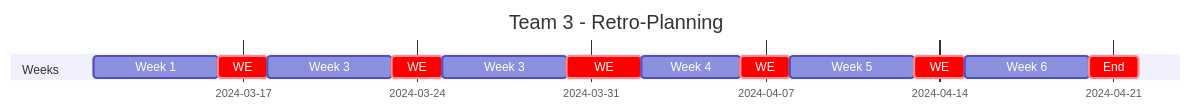
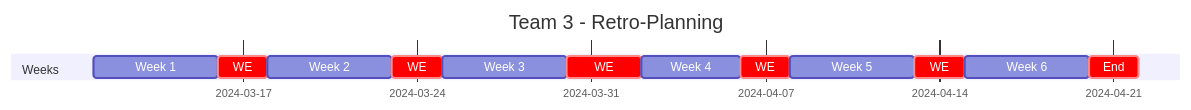
The first of 2 diagrams in Docs/Specifications/Functional-Specifications.md (algosup/2023-2024-project-4-sportshield-team-3), drawn with Mermaid before and after one commit. The commit also changed other lines of this file and 13 other files, not shown here.

````diff
--- a/Docs/Specifications/Functional-Specifications.md
+++ b/Docs/Specifications/Functional-Specifications.md
@@ -181,22 +196,22 @@
 ```mermaid
 ---
 displayMode: compact
 ---
 gantt
     title Team 3 - Retro-Planning
     dateFormat  YYYY-MM-DD
 
     section Weeks
     Week 1  :2024-03-11, 5d
     WE      :crit, 2024-03-16, 2d
-    Week 3  :2024-03-18, 5d
+    Week 2  :2024-03-18, 5d
     WE      :crit, 2024-03-23, 2d
     Week 3  :2024-03-25, 5d
     WE      :crit, 2024-03-30, 3d
     Week 4  :2024-04-02,4d
     WE      :crit, 2024-04-06, 2d
     Week 5  :2024-04-08, 5d
     WE      :crit, 2024-04-13, 2d
     Week 6  :2024-04-15, 5d
     End     :crit, 2024-04-20, 2d
 ```
````
